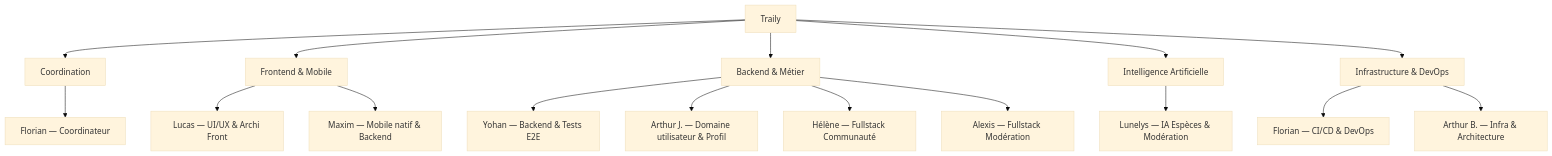
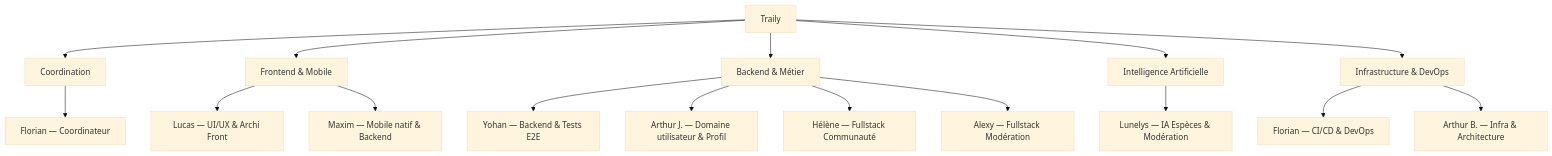
Before and after one commit to Traily-org/Docs: the first of 2 diagrams in docs/OBS.md, drawn with Mermaid (base theme). The commit also changed other lines of this file, not shown here.

Commit message:
docs(TRA-111): fix Alexy's name in OBS

````diff
--- a/docs/OBS.md
+++ b/docs/OBS.md
@@ -7,23 +7,23 @@
 ```mermaid
 graph TD
     A["Traily"] --> B["Coordination"]
     A --> C["Frontend & Mobile"]
     A --> D["Backend & Métier"]
     A --> E["Intelligence Artificielle"]
     A --> F["Infrastructure & DevOps"]
 
     B --> B1["Florian — Coordinateur"]
 
     C --> C1["Lucas — UI/UX & Archi Front"]
     C --> C2["Maxim — Mobile natif & Backend"]
 
     D --> D1["Yohan — Backend & Tests E2E"]
     D --> D4["Arthur J. — Domaine utilisateur & Profil"]
     D --> D2["Hélène — Fullstack Communauté"]
-    D --> D3["Alexis — Fullstack Modération"]
+    D --> D3["Alexy — Fullstack Modération"]
 
     E --> E1["Lunelys — IA Espèces & Modération"]
 
     F --> F1["Florian — CI/CD & DevOps"]
     F --> F2["Arthur B. — Infra & Architecture"]
 ```
````
